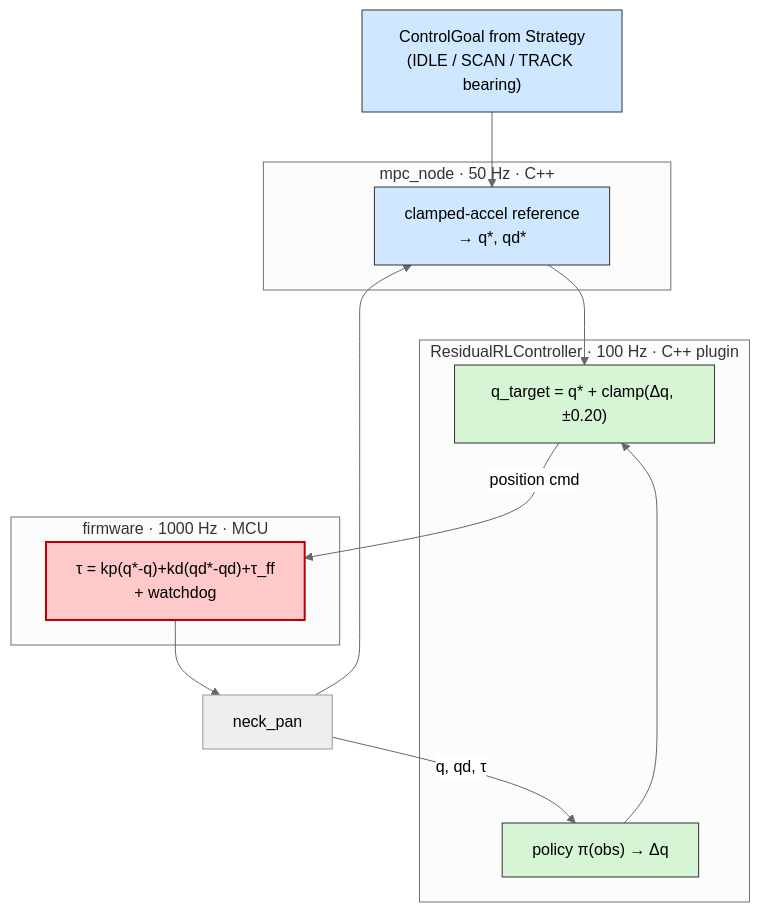
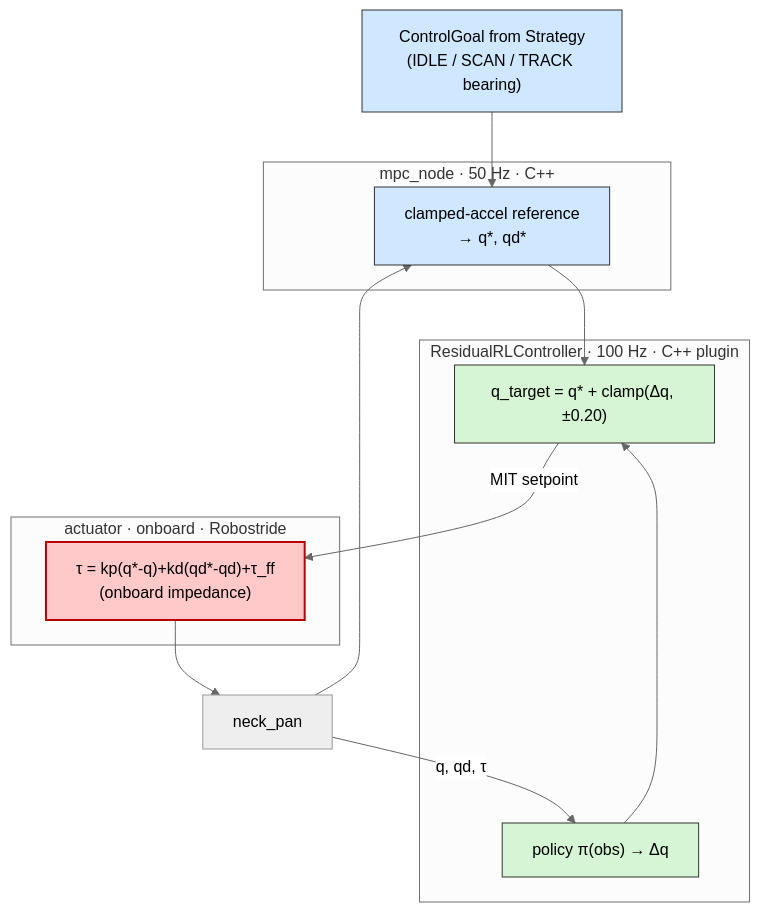
The fifth of 14 diagrams in docs/IMPLEMENTATION.md (utra-robosoccer/soccer-software), drawn with Mermaid (neutral theme) before and after one commit. The commit also changed other lines of this file and 70 other files, not shown here.

````diff
--- a/docs/IMPLEMENTATION.md
+++ b/docs/IMPLEMENTATION.md
@@ -201,23 +202,23 @@
 ```mermaid
 flowchart TB
     classDef plan fill:#cfe8ff,stroke:#333,color:#000;
     classDef rl fill:#d5f5d5,stroke:#333,color:#000;
     classDef rt fill:#ffc9c9,stroke:#b00,stroke-width:2px,color:#000;
 
     GOAL["ControlGoal from Strategy<br/>(IDLE / SCAN / TRACK bearing)"]:::plan
     subgraph MID["mpc_node · 50 Hz · C++"]
         MPC["clamped-accel reference<br/>→ q*, qd*"]:::plan
     end
     subgraph RLL["ResidualRLController · 100 Hz · C++ plugin"]
         POL["policy π(obs) → Δq"]:::rl
         SUM["q_target = q* + clamp(Δq, ±0.20)"]:::rl
     end
-    subgraph LOW["firmware · 1000 Hz · MCU"]
-        PD["τ = kp(q*-q)+kd(qd*-qd)+τ_ff<br/>+ watchdog"]:::rt
+    subgraph LOW["actuator · onboard · Robostride"]
+        PD["τ = kp(q*-q)+kd(qd*-qd)+τ_ff<br/>(onboard impedance)"]:::rt
     end
     GOAL --> MPC --> SUM
     POL --> SUM
-    SUM -->|"position cmd"| PD --> MOT["neck_pan"]
+    SUM -->|"MIT setpoint"| PD --> MOT["neck_pan"]
     MOT -->|"q, qd, τ"| POL
     MOT --> MPC
 ```
````
